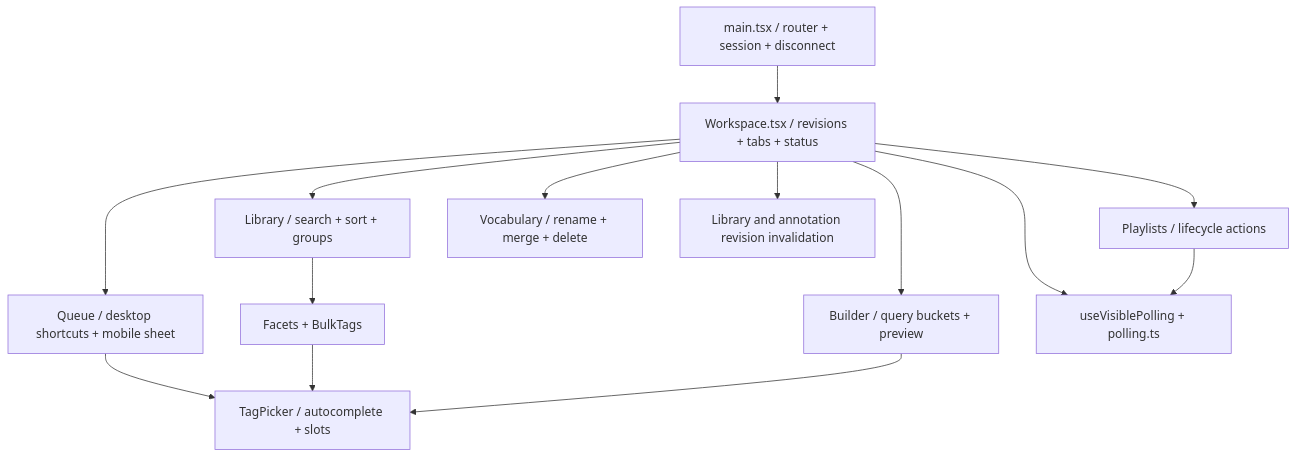
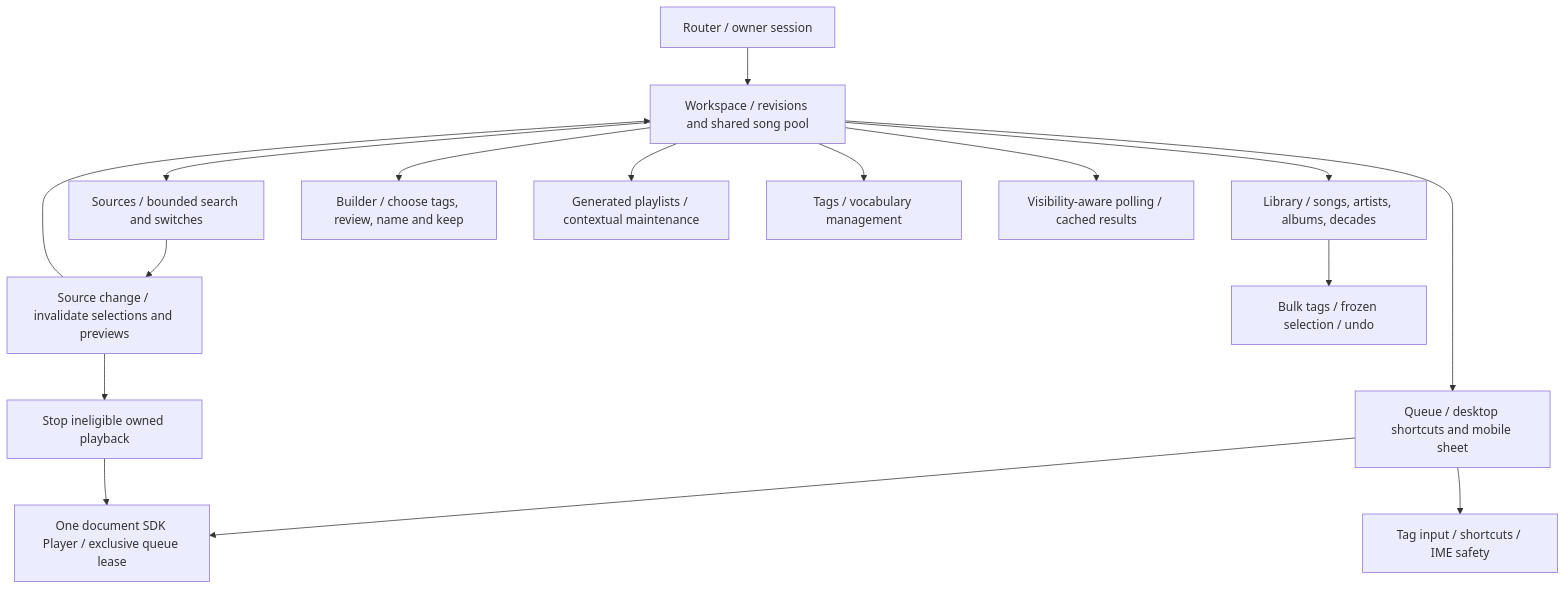
The diagram in docs/architecture/diagrams/13.mmd (CarterKFalkenberg/spotify-plus), drawn with Mermaid before and after one commit. The commit also changed 14 other files, not shown here.

Commit message:
Synchronize architecture handbook walkthrough and rendered source diagrams

```diff
--- a/docs/architecture/diagrams/13.mmd
+++ b/docs/architecture/diagrams/13.mmd
@@ -1,14 +1,16 @@
 flowchart TB
- MAIN[main.tsx / router + session + disconnect] --> W[Workspace.tsx / revisions + tabs + status]
- W --> L[Library / search + sort + groups]
- W --> Q[Queue / desktop shortcuts + mobile sheet]
- W --> B[Builder / query buckets + preview]
- W --> P[Playlists / lifecycle actions]
- W --> V[Vocabulary / rename + merge + delete]
- L --> F[Facets + BulkTags]
- Q --> T[TagPicker / autocomplete + slots]
- F --> T
- B --> T
- W --> POLL[useVisiblePolling + polling.ts]
- P --> POLL
- W --> REV[Library and annotation revision invalidation]
+ MAIN[Router / owner session] --> W[Workspace / revisions and shared song pool]
+ W --> S[Sources / bounded search and switches]
+ W --> L[Library / songs, artists, albums, decades]
+ W --> Q[Queue / desktop shortcuts and mobile sheet]
+ W --> B[Builder / choose tags, review, name and keep]
+ W --> P[Generated playlists / contextual maintenance]
+ W --> T[Tags / vocabulary management]
+ S --> INVALIDATE[Source change / invalidate selections and previews]
+ INVALIDATE --> W
+ Q --> AUDIO[One document SDK Player / exclusive queue lease]
+ INVALIDATE --> STOP[Stop ineligible owned playback]
+ STOP --> AUDIO
+ L --> BULK[Bulk tags / frozen selection / undo]
+ Q --> INPUT[Tag input / shortcuts / IME safety]
+ W --> POLL[Visibility-aware polling / cached results]
```
